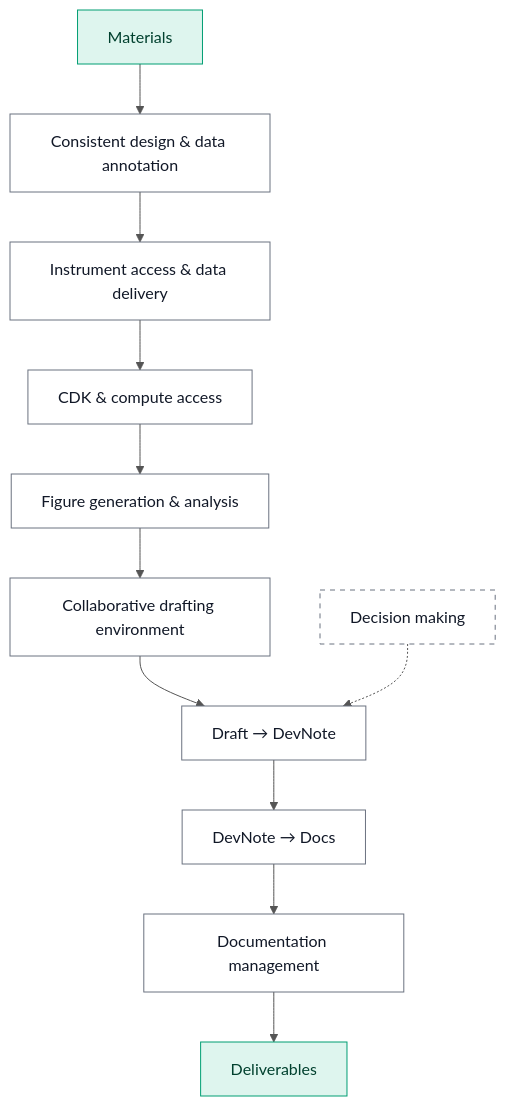
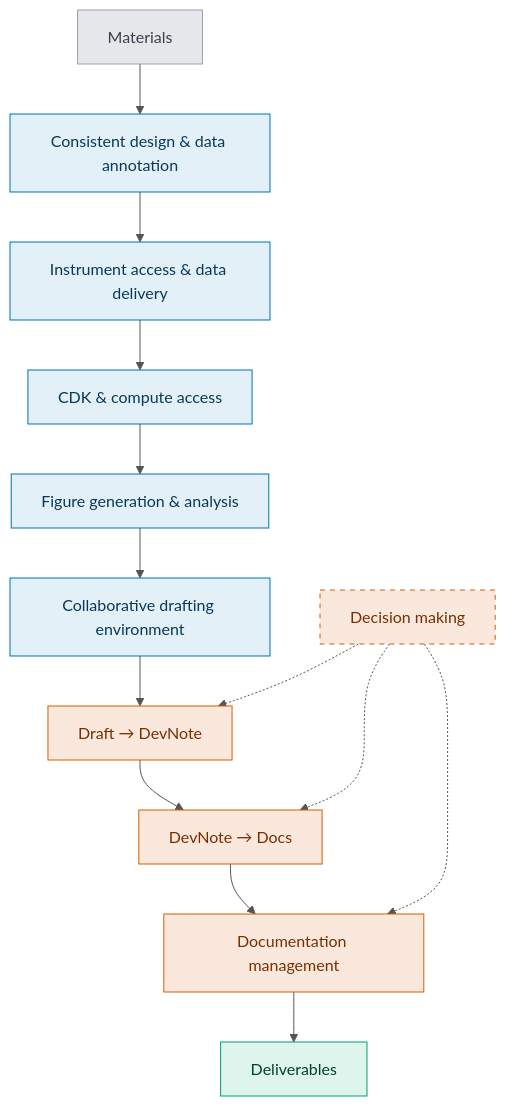
Before and after one commit to nucleus-eng/nucleus-devnote-archive-1: the diagram in devnotes/devstudio/assets/pipeline-diagram.md, drawn with Mermaid. The commit also changed 1 other file, not shown here.

Commit message:
Refine pipeline diagram colors and structure; expand capacities intro

````diff
--- a/devnotes/devstudio/assets/pipeline-diagram.md
+++ b/devnotes/devstudio/assets/pipeline-diagram.md
@@ -2,33 +2,39 @@
 ```mermaid
 %%{init: {'theme': 'base', 'themeVariables': {'lineColor': '#555555', 'edgeLabelBackground': '#ffffff'}}}%%
 flowchart TD
     MATERIALS["Materials"]
     PLATEMAP["Consistent design & data annotation"]
     INSTRUMENT["Instrument access & data delivery"]
     CDK["CDK & compute access"]
     FIGURES["Figure generation & analysis"]
     DRAFTING["Collaborative drafting environment"]
     DECISIONS["Decision making"]
     DEVNOTE["Draft → DevNote"]
     DOCS["DevNote → Docs"]
     MGMT["Documentation management"]
     DELIVERABLES["Deliverables"]
 
     MATERIALS --> PLATEMAP
     PLATEMAP --> INSTRUMENT
     INSTRUMENT --> CDK
     CDK --> FIGURES
     FIGURES --> DRAFTING
     DRAFTING --> DEVNOTE
     DECISIONS -.-> DEVNOTE
+    DECISIONS -.-> DOCS
+    DECISIONS -.-> MGMT
     DEVNOTE --> DOCS
     DOCS --> MGMT
     MGMT --> DELIVERABLES
 
-    classDef shared fill:#def5ee,stroke:#009E73,color:#00402e;
-    classDef process fill:#ffffff,stroke:#6b7280,color:#111827;
+    classDef materials fill:#e5e7eb,stroke:#9ca3af,color:#374151;
+    classDef datapipeline fill:#e3f0f8,stroke:#0072B2,color:#063a57;
+    classDef docworkflow fill:#fbe8dc,stroke:#D55E00,color:#7a2d00;
+    classDef deliverables fill:#def5ee,stroke:#009E73,color:#00402e;
 
-    class MATERIALS,DELIVERABLES shared;
-    class PLATEMAP,INSTRUMENT,CDK,FIGURES,DRAFTING,DEVNOTE,DOCS,MGMT,DECISIONS process;
+    class MATERIALS materials;
+    class PLATEMAP,INSTRUMENT,CDK,FIGURES,DRAFTING datapipeline;
+    class DECISIONS,DEVNOTE,DOCS,MGMT docworkflow;
+    class DELIVERABLES deliverables;
     style DECISIONS stroke-dasharray: 5 5
 ```
````
